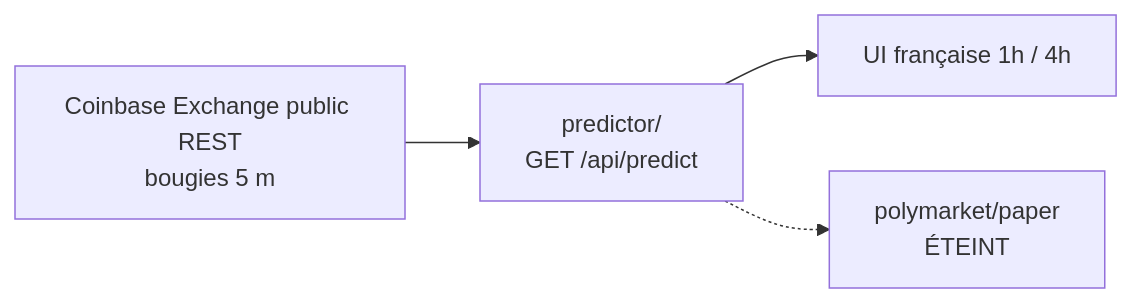
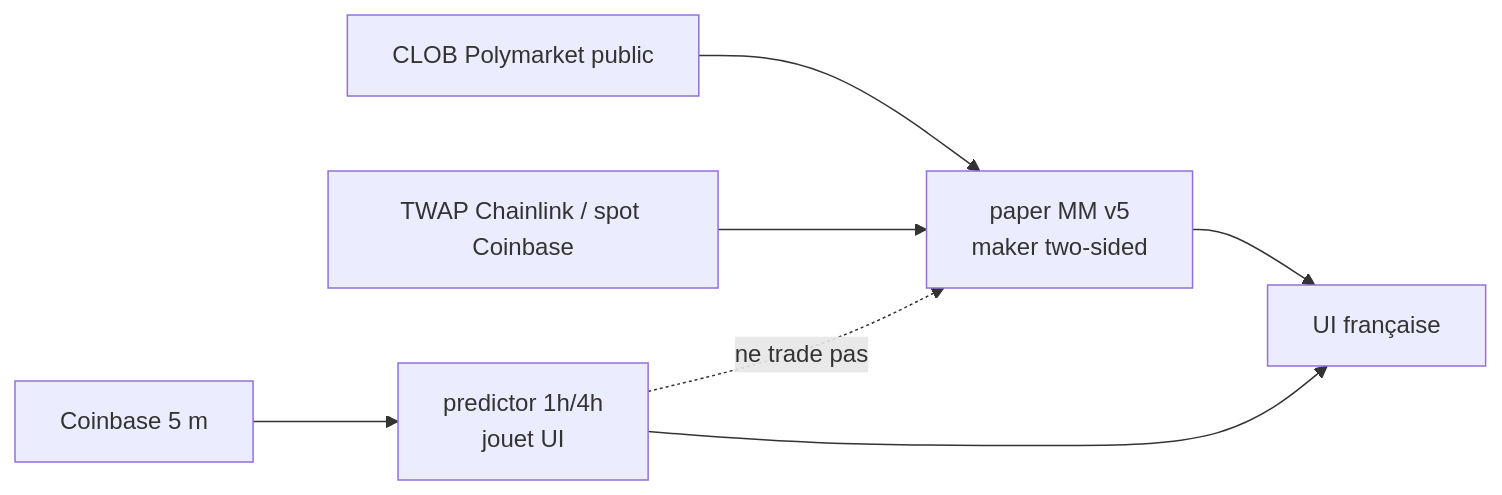
One commit to Jayvy2002/fanal changed the diagram in README.md. Above: the diagram before and after it, drawn with Mermaid. The commit also changed other lines of this file and 21 other files, not shown here.

First line of the commit message:
Paper MM two-sided Polymarket (maker, ledger v5) ; directionnel éteint

````diff
--- a/README.md
+++ b/README.md
@@ -18,11 +32,16 @@
 ```mermaid
 flowchart LR
-  CB[Coinbase Exchange public REST<br/>bougies 5 m]
-  PRED["predictor/<br/>GET /api/predict"]
-  UI[UI française 1h / 4h]
-  PAPER["polymarket/paper<br/>ÉTEINT"]
+  CLOB[CLOB Polymarket public]
+  TWAP[TWAP Chainlink / spot Coinbase]
+  MM["paper MM v5<br/>maker two-sided"]
+  UI[UI française]
+  CB[Coinbase 5 m]
+  PRED["predictor 1h/4h<br/>jouet UI"]
 
+  CLOB --> MM
+  TWAP --> MM
+  MM --> UI
   CB --> PRED
   PRED --> UI
-  PRED -.-> PAPER
+  PRED -.->|ne trade pas| MM
 ```
````
